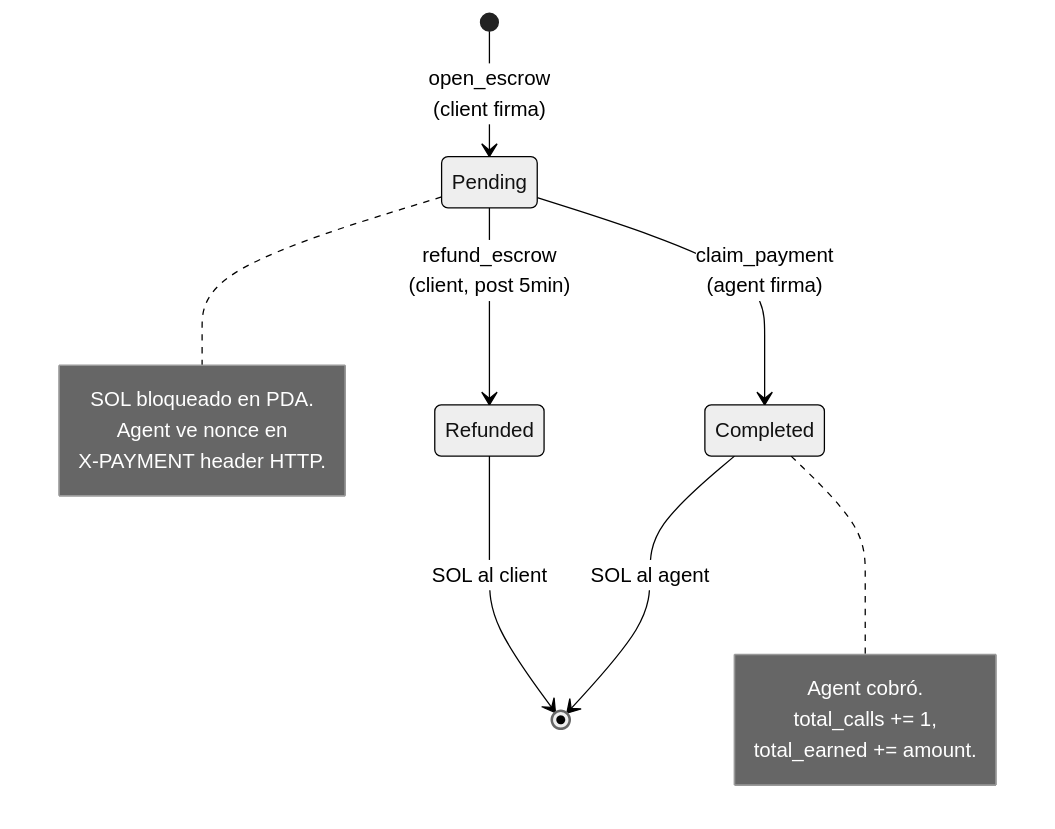
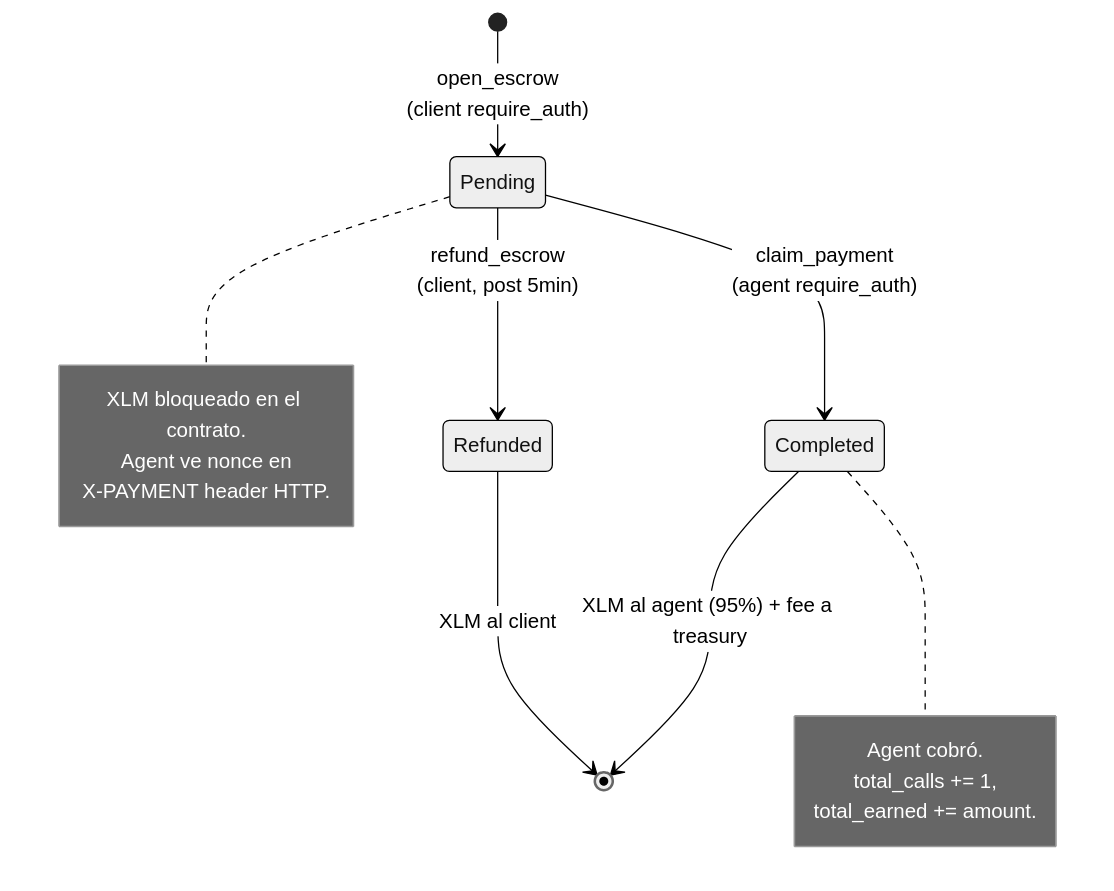
The fifth of 11 diagrams in docs/architecture.md (CoKeFish/kiba), drawn with Mermaid (neutral theme) before and after one commit. The commit also changed other lines of this file and 52 other files, not shown here.

First line of the commit message:
docs+assets: Stellar/Soroban README & architecture + kiba raster

````diff
--- a/docs/architecture.md
+++ b/docs/architecture.md
@@ -251,22 +250,22 @@
 ```mermaid
 stateDiagram-v2
-    [*] --> Pending : open_escrow<br/>(client firma)
+    [*] --> Pending : open_escrow<br/>(client require_auth)
 
-    Pending --> Completed : claim_payment<br/>(agent firma)
+    Pending --> Completed : claim_payment<br/>(agent require_auth)
     Pending --> Refunded : refund_escrow<br/>(client, post 5min)
 
-    Completed --> [*] : SOL al agent
-    Refunded --> [*] : SOL al client
+    Completed --> [*] : XLM al agent (95%) + fee a treasury
+    Refunded --> [*] : XLM al client
 
     note right of Pending
-        SOL bloqueado en PDA.
+        XLM bloqueado en el contrato.
         Agent ve nonce en
         X-PAYMENT header HTTP.
     end note
 
     note right of Completed
         Agent cobró.
         total_calls += 1,
         total_earned += amount.
     end note
 ```
````
